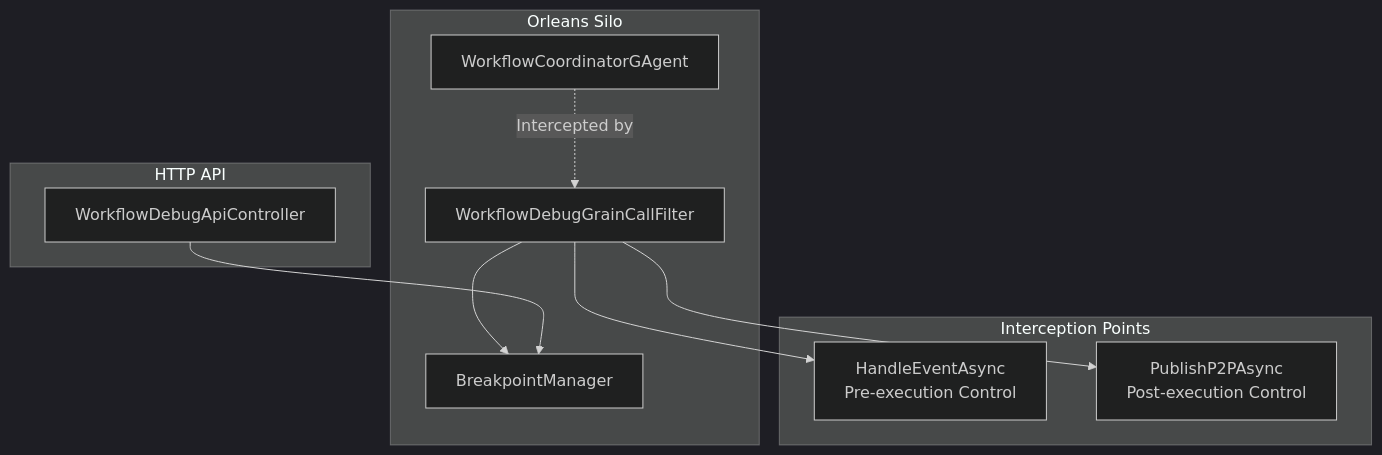
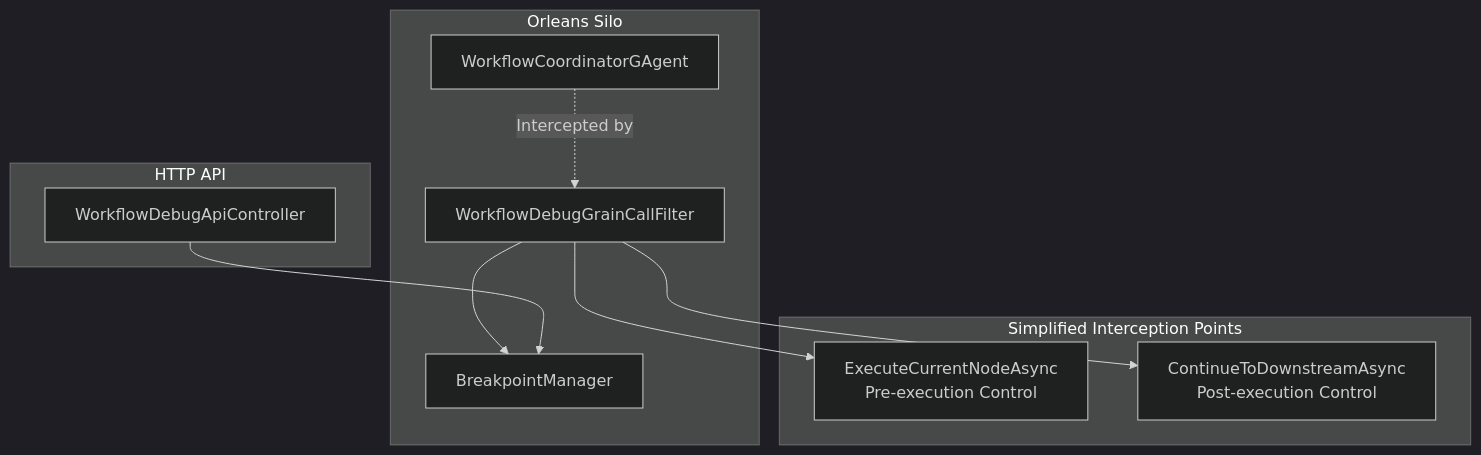
Before and after one commit to aevatarAI/aevatar-station: the diagram in station/docs/workflow-debug-system-design.md, drawn with Mermaid (dark theme). The commit also changed other lines of this file and 12 other files, not shown here.

````diff
--- a/station/docs/workflow-debug-system-design.md
+++ b/station/docs/workflow-debug-system-design.md
@@ -9,24 +9,24 @@
 ```mermaid
 graph TB
     subgraph "Orleans Silo"
         WCG[WorkflowCoordinatorGAgent]
         FILTER[WorkflowDebugGrainCallFilter]
         BM[BreakpointManager]
     end
     
     subgraph "HTTP API"
         API[WorkflowDebugApiController]
     end
     
-    subgraph "Interception Points" 
-        HE[HandleEventAsync<br/>Pre-execution Control]
-        PP[PublishP2PAsync<br/>Post-execution Control]
+    subgraph "Simplified Interception Points" 
+        ECN[ExecuteCurrentNodeAsync<br/>Pre-execution Control]
+        CTD[ContinueToDownstreamAsync<br/>Post-execution Control]
     end
     
-    FILTER --> HE
-    FILTER --> PP
+    FILTER --> ECN
+    FILTER --> CTD
     FILTER --> BM
     API --> BM
     
     WCG -.->|Intercepted by| FILTER
 ```
````
